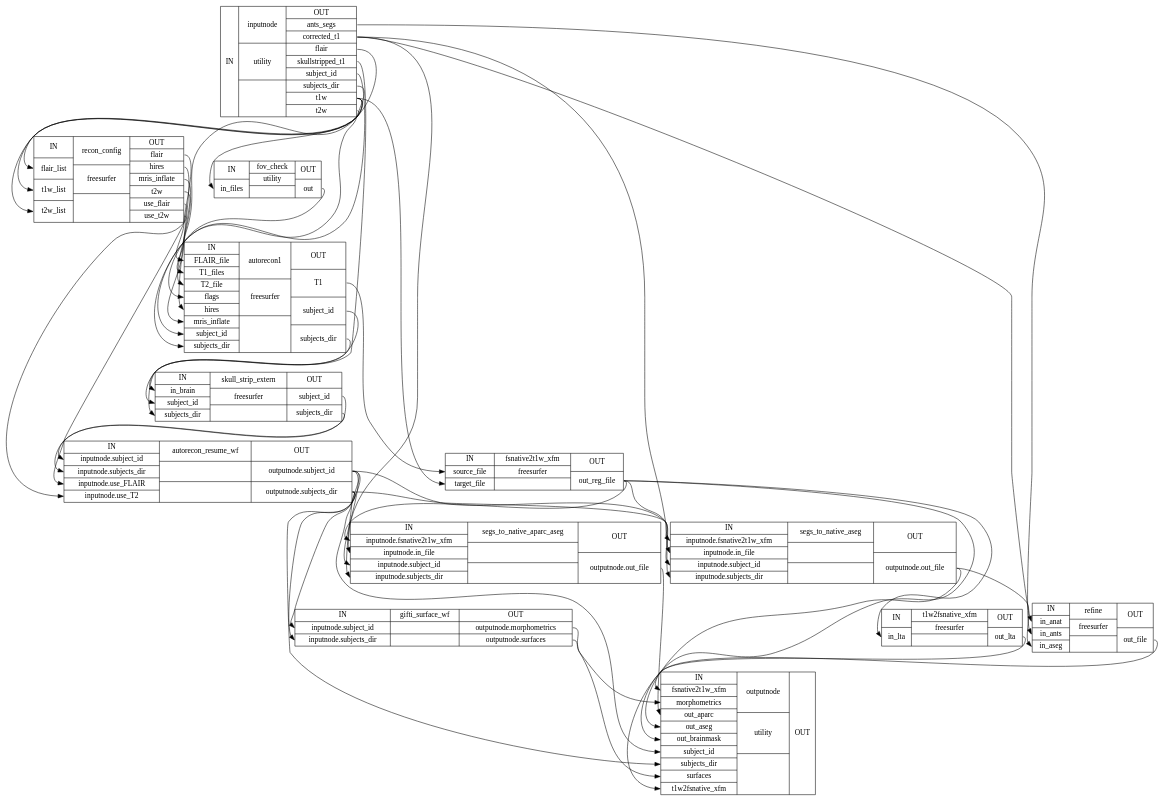
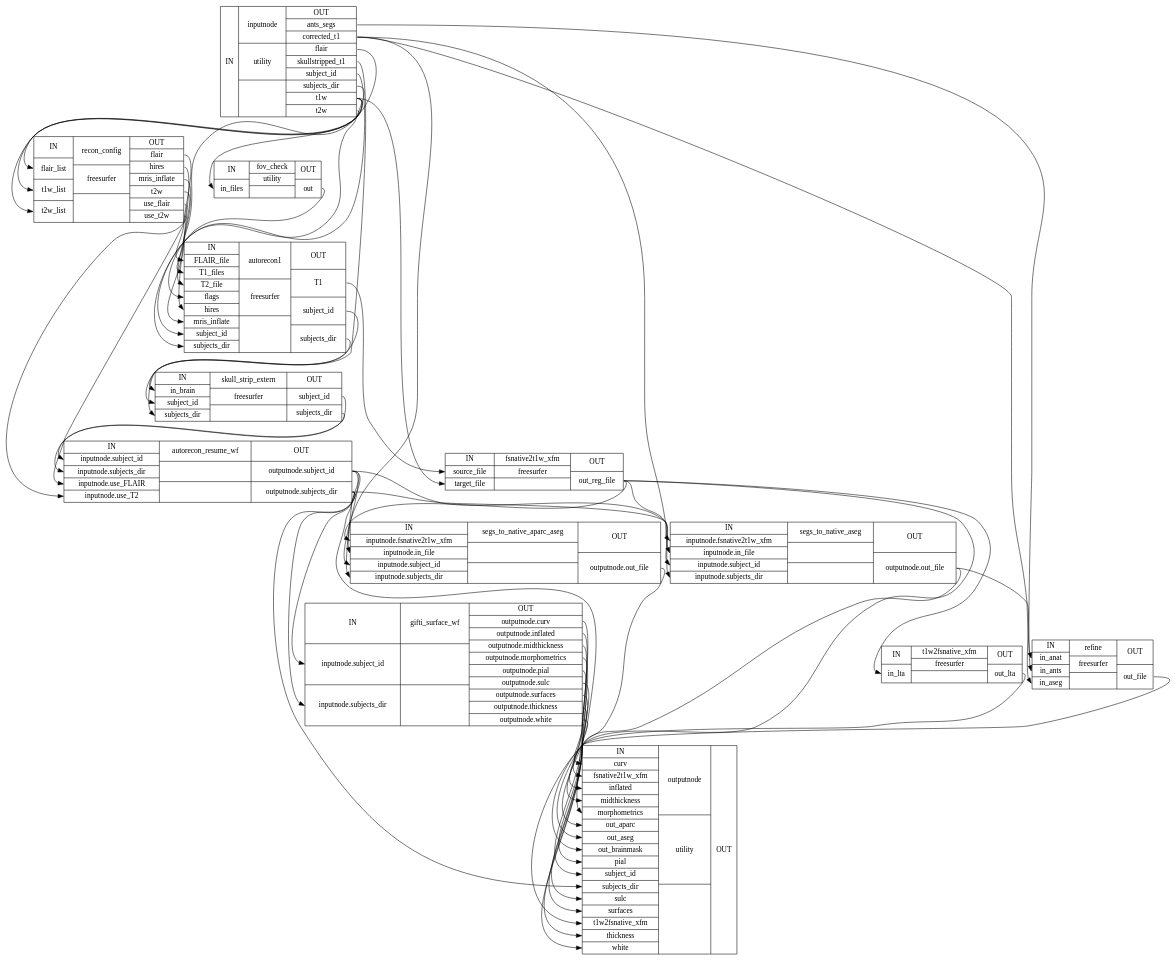
Before and after one commit to psadil/smriprep: the diagram in 0.12.1/wf_directive/api/surface_recon_wf/smriprep-workflows-surfaces-5_detailed.dot, drawn with Graphviz. The commit also changed 3801 other files, not shown here.

```diff
--- a/0.12.1/wf_directive/api/surface_recon_wf/smriprep-workflows-surfaces-5_detailed.dot
+++ b/0.12.1/wf_directive/api/surface_recon_wf/smriprep-workflows-surfaces-5_detailed.dot
@@ -1,60 +1,67 @@
 digraph structs {
 node [shape=record];
 surface_recon_wfinputnode [label="{IN}|{ inputnode | utility |  }|{OUT|<outantssegs> ants_segs|<outcorrectedt1> corrected_t1|<outflair> flair|<outskullstrippedt1> skullstripped_t1|<outsubjectid> subject_id|<outsubjectsdir> subjects_dir|<outt1w> t1w|<outt2w> t2w}"];
 surface_recon_wfrecon_config [label="{IN|<inflairlist> flair_list|<int1wlist> t1w_list|<int2wlist> t2w_list}|{ recon_config | freesurfer |  }|{OUT|<outflair> flair|<outhires> hires|<outmrisinflate> mris_inflate|<outt2w> t2w|<outuseflair> use_flair|<outuset2w> use_t2w}"];
 surface_recon_wffov_check [label="{IN|<ininfiles> in_files}|{ fov_check | utility |  }|{OUT|<outout> out}"];
 surface_recon_wfautorecon1 [label="{IN|<inFLAIRfile> FLAIR_file|<inT1files> T1_files|<inT2file> T2_file|<inflags> flags|<inhires> hires|<inmrisinflate> mris_inflate|<insubjectid> subject_id|<insubjectsdir> subjects_dir}|{ autorecon1 | freesurfer |  }|{OUT|<outT1> T1|<outsubjectid> subject_id|<outsubjectsdir> subjects_dir}"];
 surface_recon_wfskull_strip_extern [label="{IN|<ininbrain> in_brain|<insubjectid> subject_id|<insubjectsdir> subjects_dir}|{ skull_strip_extern | freesurfer |  }|{OUT|<outsubjectid> subject_id|<outsubjectsdir> subjects_dir}"];
 surface_recon_wffsnative2t1w_xfm [label="{IN|<insourcefile> source_file|<intargetfile> target_file}|{ fsnative2t1w_xfm | freesurfer |  }|{OUT|<outoutregfile> out_reg_file}"];
 surface_recon_wfautorecon_resume_wf [label="{IN|<ininputnodesubjectid> inputnode.subject_id|<ininputnodesubjectsdir> inputnode.subjects_dir|<ininputnodeuseFLAIR> inputnode.use_FLAIR|<ininputnodeuseT2> inputnode.use_T2}|{ autorecon_resume_wf |  |  }|{OUT|<outoutputnodesubjectid> outputnode.subject_id|<outoutputnodesubjectsdir> outputnode.subjects_dir}"];
 surface_recon_wft1w2fsnative_xfm [label="{IN|<ininlta> in_lta}|{ t1w2fsnative_xfm | freesurfer |  }|{OUT|<outoutlta> out_lta}"];
-surface_recon_wfgifti_surface_wf [label="{IN|<ininputnodesubjectid> inputnode.subject_id|<ininputnodesubjectsdir> inputnode.subjects_dir}|{ gifti_surface_wf |  |  }|{OUT|<outoutputnodemorphometrics> outputnode.morphometrics|<outoutputnodesurfaces> outputnode.surfaces}"];
+surface_recon_wfgifti_surface_wf [label="{IN|<ininputnodesubjectid> inputnode.subject_id|<ininputnodesubjectsdir> inputnode.subjects_dir}|{ gifti_surface_wf |  |  }|{OUT|<outoutputnodecurv> outputnode.curv|<outoutputnodeinflated> outputnode.inflated|<outoutputnodemidthickness> outputnode.midthickness|<outoutputnodemorphometrics> outputnode.morphometrics|<outoutputnodepial> outputnode.pial|<outoutputnodesulc> outputnode.sulc|<outoutputnodesurfaces> outputnode.surfaces|<outoutputnodethickness> outputnode.thickness|<outoutputnodewhite> outputnode.white}"];
 surface_recon_wfsegs_to_native_aseg [label="{IN|<ininputnodefsnative2t1wxfm> inputnode.fsnative2t1w_xfm|<ininputnodeinfile> inputnode.in_file|<ininputnodesubjectid> inputnode.subject_id|<ininputnodesubjectsdir> inputnode.subjects_dir}|{ segs_to_native_aseg |  |  }|{OUT|<outoutputnodeoutfile> outputnode.out_file}"];
 surface_recon_wfsegs_to_native_aparc_aseg [label="{IN|<ininputnodefsnative2t1wxfm> inputnode.fsnative2t1w_xfm|<ininputnodeinfile> inputnode.in_file|<ininputnodesubjectid> inputnode.subject_id|<ininputnodesubjectsdir> inputnode.subjects_dir}|{ segs_to_native_aparc_aseg |  |  }|{OUT|<outoutputnodeoutfile> outputnode.out_file}"];
 surface_recon_wfrefine [label="{IN|<ininanat> in_anat|<ininants> in_ants|<ininaseg> in_aseg}|{ refine | freesurfer |  }|{OUT|<outoutfile> out_file}"];
-surface_recon_wfoutputnode [label="{IN|<infsnative2t1wxfm> fsnative2t1w_xfm|<inmorphometrics> morphometrics|<inoutaparc> out_aparc|<inoutaseg> out_aseg|<inoutbrainmask> out_brainmask|<insubjectid> subject_id|<insubjectsdir> subjects_dir|<insurfaces> surfaces|<int1w2fsnativexfm> t1w2fsnative_xfm}|{ outputnode | utility |  }|{OUT}"];
+surface_recon_wfoutputnode [label="{IN|<incurv> curv|<infsnative2t1wxfm> fsnative2t1w_xfm|<ininflated> inflated|<inmidthickness> midthickness|<inmorphometrics> morphometrics|<inoutaparc> out_aparc|<inoutaseg> out_aseg|<inoutbrainmask> out_brainmask|<inpial> pial|<insubjectid> subject_id|<insubjectsdir> subjects_dir|<insulc> sulc|<insurfaces> surfaces|<int1w2fsnativexfm> t1w2fsnative_xfm|<inthickness> thickness|<inwhite> white}|{ outputnode | utility |  }|{OUT}"];
 surface_recon_wfautorecon1:outT1:e -> surface_recon_wffsnative2t1w_xfm:insourcefile:w;
 surface_recon_wfautorecon1:outsubjectid:e -> surface_recon_wfskull_strip_extern:insubjectid:w;
 surface_recon_wfautorecon1:outsubjectsdir:e -> surface_recon_wfskull_strip_extern:insubjectsdir:w;
 surface_recon_wfautorecon_resume_wf:outoutputnodesubjectid:e -> surface_recon_wfgifti_surface_wf:ininputnodesubjectid:w;
 surface_recon_wfautorecon_resume_wf:outoutputnodesubjectid:e -> surface_recon_wfoutputnode:insubjectid:w;
 surface_recon_wfautorecon_resume_wf:outoutputnodesubjectid:e -> surface_recon_wfsegs_to_native_aparc_aseg:ininputnodesubjectid:w;
 surface_recon_wfautorecon_resume_wf:outoutputnodesubjectid:e -> surface_recon_wfsegs_to_native_aseg:ininputnodesubjectid:w;
 surface_recon_wfautorecon_resume_wf:outoutputnodesubjectsdir:e -> surface_recon_wfgifti_surface_wf:ininputnodesubjectsdir:w;
 surface_recon_wfautorecon_resume_wf:outoutputnodesubjectsdir:e -> surface_recon_wfoutputnode:insubjectsdir:w;
 surface_recon_wfautorecon_resume_wf:outoutputnodesubjectsdir:e -> surface_recon_wfsegs_to_native_aparc_aseg:ininputnodesubjectsdir:w;
 surface_recon_wfautorecon_resume_wf:outoutputnodesubjectsdir:e -> surface_recon_wfsegs_to_native_aseg:ininputnodesubjectsdir:w;
 surface_recon_wffov_check:outout:e -> surface_recon_wfautorecon1:inflags:w;
 surface_recon_wffsnative2t1w_xfm:outoutregfile:e -> surface_recon_wfoutputnode:infsnative2t1wxfm:w;
 surface_recon_wffsnative2t1w_xfm:outoutregfile:e -> surface_recon_wfsegs_to_native_aparc_aseg:ininputnodefsnative2t1wxfm:w;
 surface_recon_wffsnative2t1w_xfm:outoutregfile:e -> surface_recon_wfsegs_to_native_aseg:ininputnodefsnative2t1wxfm:w;
 surface_recon_wffsnative2t1w_xfm:outoutregfile:e -> surface_recon_wft1w2fsnative_xfm:ininlta:w;
+surface_recon_wfgifti_surface_wf:outoutputnodecurv:e -> surface_recon_wfoutputnode:incurv:w;
+surface_recon_wfgifti_surface_wf:outoutputnodeinflated:e -> surface_recon_wfoutputnode:ininflated:w;
+surface_recon_wfgifti_surface_wf:outoutputnodemidthickness:e -> surface_recon_wfoutputnode:inmidthickness:w;
 surface_recon_wfgifti_surface_wf:outoutputnodemorphometrics:e -> surface_recon_wfoutputnode:inmorphometrics:w;
+surface_recon_wfgifti_surface_wf:outoutputnodepial:e -> surface_recon_wfoutputnode:inpial:w;
+surface_recon_wfgifti_surface_wf:outoutputnodesulc:e -> surface_recon_wfoutputnode:insulc:w;
 surface_recon_wfgifti_surface_wf:outoutputnodesurfaces:e -> surface_recon_wfoutputnode:insurfaces:w;
+surface_recon_wfgifti_surface_wf:outoutputnodethickness:e -> surface_recon_wfoutputnode:inthickness:w;
+surface_recon_wfgifti_surface_wf:outoutputnodewhite:e -> surface_recon_wfoutputnode:inwhite:w;
 surface_recon_wfinputnode:outantssegs:e -> surface_recon_wfrefine:ininants:w;
 surface_recon_wfinputnode:outcorrectedt1:e -> surface_recon_wfrefine:ininanat:w;
 surface_recon_wfinputnode:outcorrectedt1:e -> surface_recon_wfsegs_to_native_aparc_aseg:ininputnodeinfile:w;
 surface_recon_wfinputnode:outcorrectedt1:e -> surface_recon_wfsegs_to_native_aseg:ininputnodeinfile:w;
 surface_recon_wfinputnode:outflair:e -> surface_recon_wfrecon_config:inflairlist:w;
 surface_recon_wfinputnode:outskullstrippedt1:e -> surface_recon_wfskull_strip_extern:ininbrain:w;
 surface_recon_wfinputnode:outsubjectid:e -> surface_recon_wfautorecon1:insubjectid:w;
 surface_recon_wfinputnode:outsubjectsdir:e -> surface_recon_wfautorecon1:insubjectsdir:w;
 surface_recon_wfinputnode:outt1w:e -> surface_recon_wfautorecon1:inT1files:w;
 surface_recon_wfinputnode:outt1w:e -> surface_recon_wffov_check:ininfiles:w;
 surface_recon_wfinputnode:outt1w:e -> surface_recon_wffsnative2t1w_xfm:intargetfile:w;
 surface_recon_wfinputnode:outt1w:e -> surface_recon_wfrecon_config:int1wlist:w;
 surface_recon_wfinputnode:outt2w:e -> surface_recon_wfrecon_config:int2wlist:w;
 surface_recon_wfrecon_config:outflair:e -> surface_recon_wfautorecon1:inFLAIRfile:w;
 surface_recon_wfrecon_config:outhires:e -> surface_recon_wfautorecon1:inhires:w;
 surface_recon_wfrecon_config:outmrisinflate:e -> surface_recon_wfautorecon1:inmrisinflate:w;
 surface_recon_wfrecon_config:outt2w:e -> surface_recon_wfautorecon1:inT2file:w;
 surface_recon_wfrecon_config:outuseflair:e -> surface_recon_wfautorecon_resume_wf:ininputnodeuseFLAIR:w;
 surface_recon_wfrecon_config:outuset2w:e -> surface_recon_wfautorecon_resume_wf:ininputnodeuseT2:w;
 surface_recon_wfrefine:outoutfile:e -> surface_recon_wfoutputnode:inoutbrainmask:w;
 surface_recon_wfsegs_to_native_aparc_aseg:outoutputnodeoutfile:e -> surface_recon_wfoutputnode:inoutaparc:w;
 surface_recon_wfsegs_to_native_aseg:outoutputnodeoutfile:e -> surface_recon_wfoutputnode:inoutaseg:w;
 surface_recon_wfsegs_to_native_aseg:outoutputnodeoutfile:e -> surface_recon_wfrefine:ininaseg:w;
 surface_recon_wfskull_strip_extern:outsubjectid:e -> surface_recon_wfautorecon_resume_wf:ininputnodesubjectid:w;
 surface_recon_wfskull_strip_extern:outsubjectsdir:e -> surface_recon_wfautorecon_resume_wf:ininputnodesubjectsdir:w;
 surface_recon_wft1w2fsnative_xfm:outoutlta:e -> surface_recon_wfoutputnode:int1w2fsnativexfm:w;
 }
```
